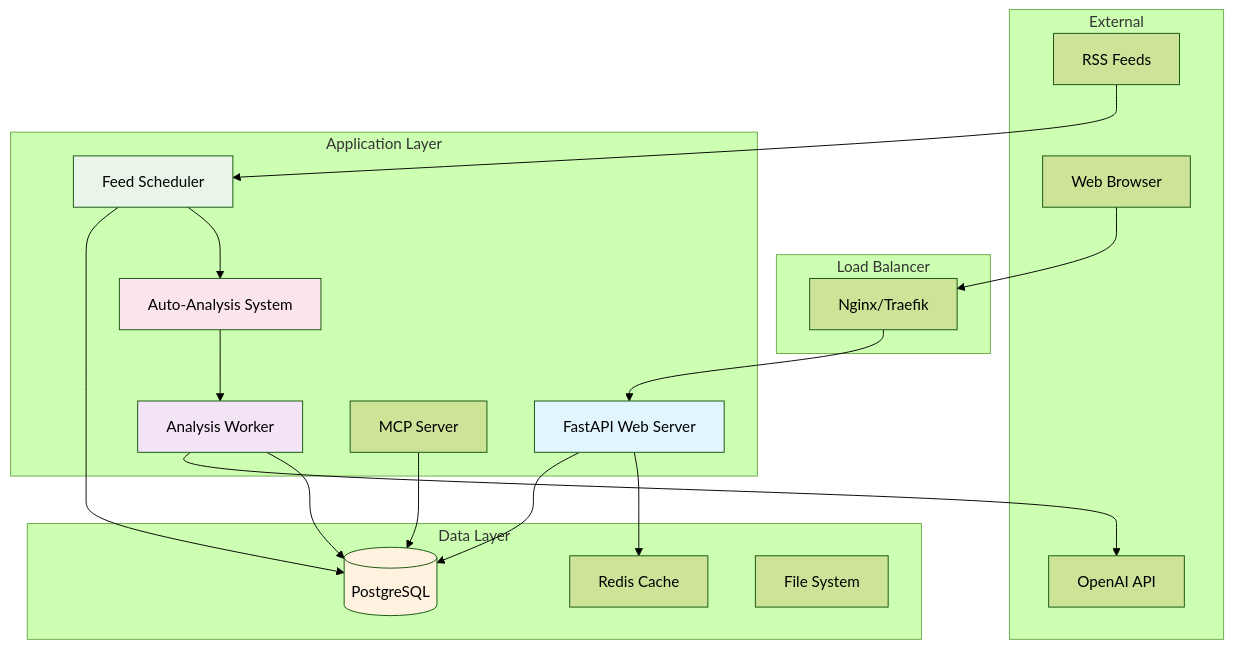
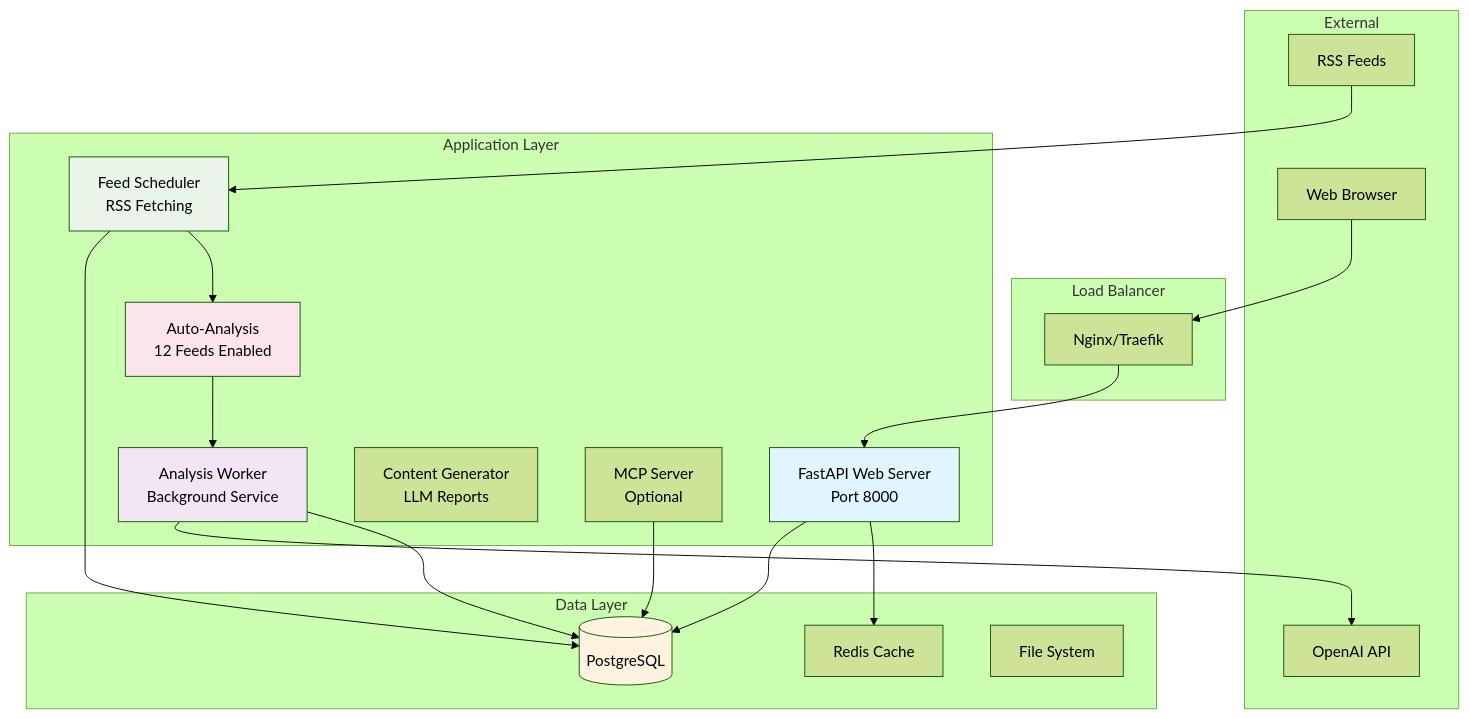
The first of 5 diagrams in docs/ARCHITECTURE.md (Vishwaflr/news-mcp), drawn with Mermaid (forest theme) before and after one commit. The commit also changed other lines of this file and 31 other files, not shown here.

````diff
--- a/docs/ARCHITECTURE.md
+++ b/docs/ARCHITECTURE.md
@@ -9,44 +20,45 @@
 ```mermaid
 graph TB
     subgraph "External"
         RSS[RSS Feeds]
         OpenAI[OpenAI API]
         User[Web Browser]
     end
 
     subgraph "Load Balancer"
         LB[Nginx/Traefik]
     end
 
     subgraph "Application Layer"
-        Web[FastAPI Web Server]
-        Worker[Analysis Worker]
-        Scheduler[Feed Scheduler]
-        AutoAnalysis[Auto-Analysis System]
-        MCP[MCP Server]
+        Web[FastAPI Web Server<br/>Port 8000]
+        Worker[Analysis Worker<br/>Background Service]
+        Scheduler[Feed Scheduler<br/>RSS Fetching]
+        AutoAnalysis[Auto-Analysis<br/>12 Feeds Enabled]
+        ContentWorker[Content Generator<br/>LLM Reports]
+        MCP[MCP Server<br/>Optional]
     end
 
     subgraph "Data Layer"
         DB[(PostgreSQL)]
         Cache[Redis Cache]
         FS[File System]
     end
 
     User --> LB
     LB --> Web
     RSS --> Scheduler
     Scheduler --> DB
     Scheduler --> AutoAnalysis
     AutoAnalysis --> Worker
     Worker --> OpenAI
     Worker --> DB
     Web --> DB
     Web --> Cache
     MCP --> DB
 
     style Web fill:#e1f5fe
     style Worker fill:#f3e5f5
     style Scheduler fill:#e8f5e8
     style AutoAnalysis fill:#fce4ec
     style DB fill:#fff3e0
 ```
````
